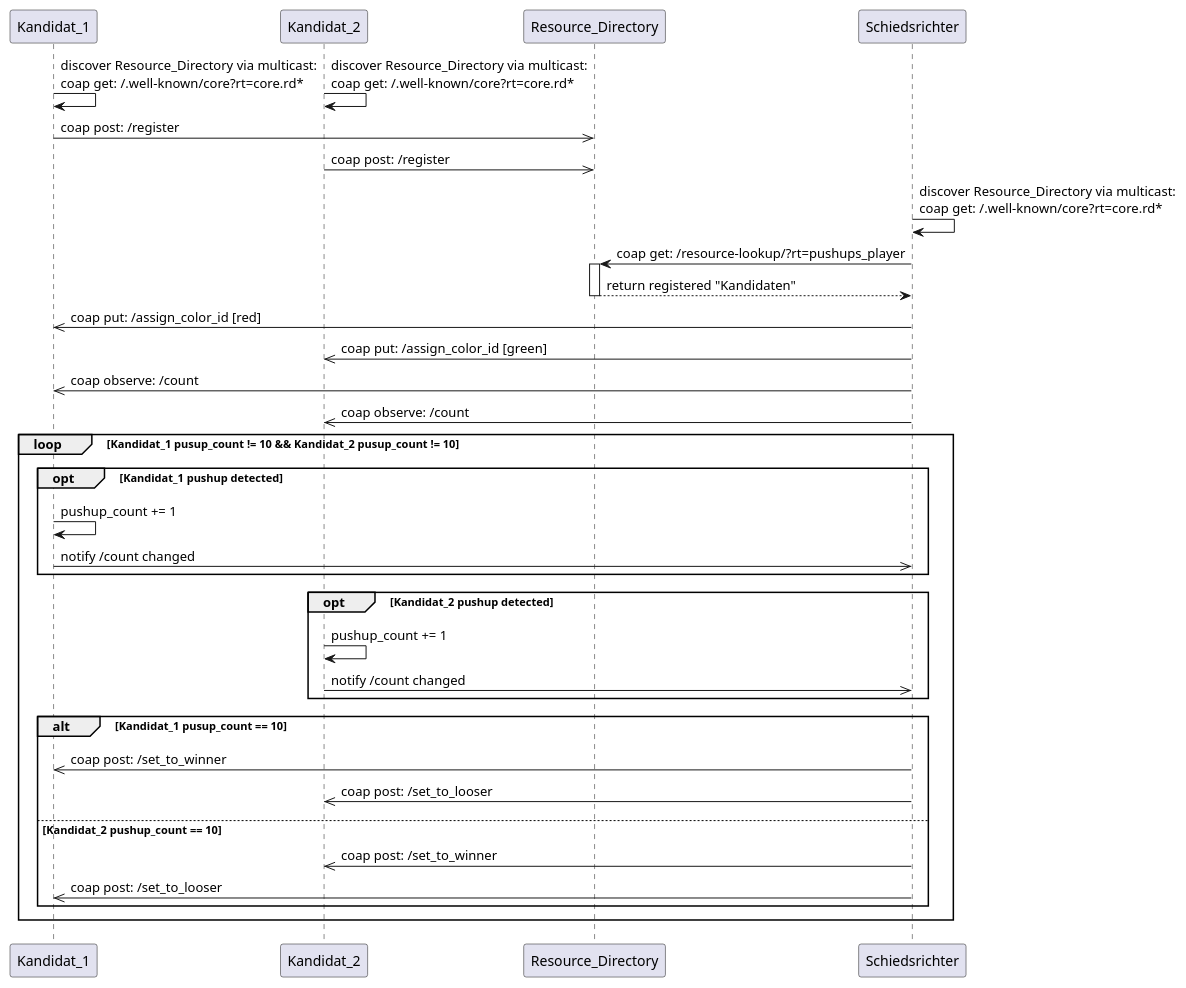
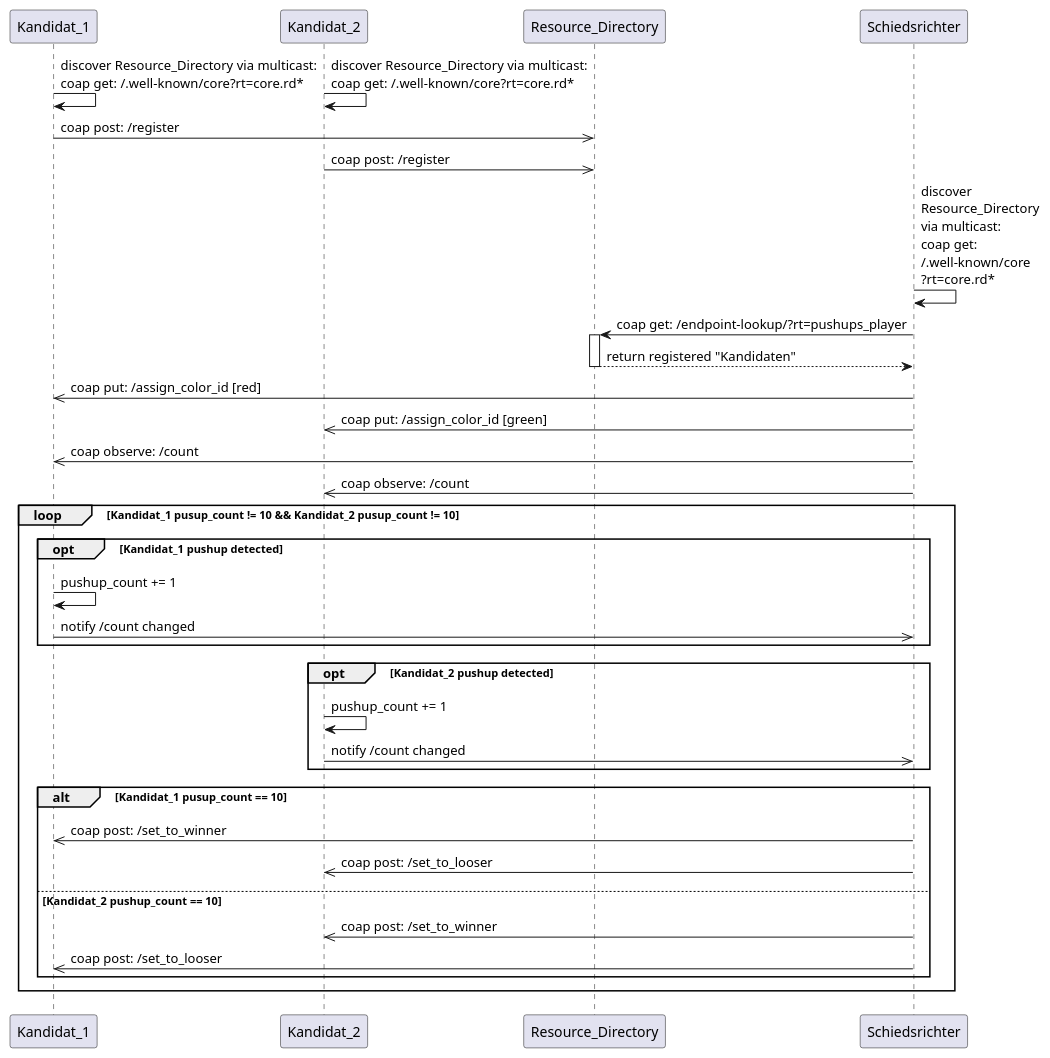
Before and after one commit to friedrichdudda/AIT05: the diagram in docs/communication_sequence.puml, drawn with PlantUML.

```diff
--- a/docs/communication_sequence.puml
+++ b/docs/communication_sequence.puml
@@ -1,38 +1,38 @@
 @startuml Kommunikation
 participant Kandidat_1
 participant Kandidat_2
 participant Resource_Directory
 participant Schiedsrichter
 
 !pragma teoz true
 Kandidat_1 -> Kandidat_1: discover Resource_Directory via multicast:\ncoap get: /.well-known/core?rt=core.rd*
 &Kandidat_2 -> Kandidat_2: discover Resource_Directory via multicast:\ncoap get: /.well-known/core?rt=core.rd*
 Kandidat_1 ->> Resource_Directory: coap post: /register
 Kandidat_2 ->> Resource_Directory: coap post: /register
-Schiedsrichter -> Schiedsrichter: discover Resource_Directory via multicast:\ncoap get: /.well-known/core?rt=core.rd*
-Schiedsrichter -> Resource_Directory: coap get: /resource-lookup/?rt=pushups_player
+Schiedsrichter -> Schiedsrichter: discover\nResource_Directory\nvia multicast:\ncoap get:\n/.well-known/core\n?rt=core.rd*
+Schiedsrichter -> Resource_Directory: coap get: /endpoint-lookup/?rt=pushups_player
 activate Resource_Directory
 Resource_Directory --> Schiedsrichter: return registered "Kandidaten"
 deactivate Resource_Directory
 Schiedsrichter ->> Kandidat_1: coap put: /assign_color_id [red]
 Schiedsrichter ->> Kandidat_2: coap put: /assign_color_id [green]
 Schiedsrichter ->> Kandidat_1: coap observe: /count
 Schiedsrichter ->> Kandidat_2: coap observe: /count
 loop Kandidat_1 pusup_count != 10 && Kandidat_2 pusup_count != 10
     opt Kandidat_1 pushup detected
         Kandidat_1 -> Kandidat_1: pushup_count += 1
         Kandidat_1 ->> Schiedsrichter: notify /count changed
     end
     opt Kandidat_2 pushup detected
         Kandidat_2 -> Kandidat_2: pushup_count += 1
         Kandidat_2 ->> Schiedsrichter: notify /count changed
     end
     alt Kandidat_1 pusup_count == 10
         Schiedsrichter ->> Kandidat_1: coap post: /set_to_winner
         Schiedsrichter ->> Kandidat_2: coap post: /set_to_looser
     else Kandidat_2 pushup_count == 10
         Schiedsrichter ->> Kandidat_2: coap post: /set_to_winner
         Schiedsrichter ->> Kandidat_1: coap post: /set_to_looser
     end
 end
 @enduml
```
